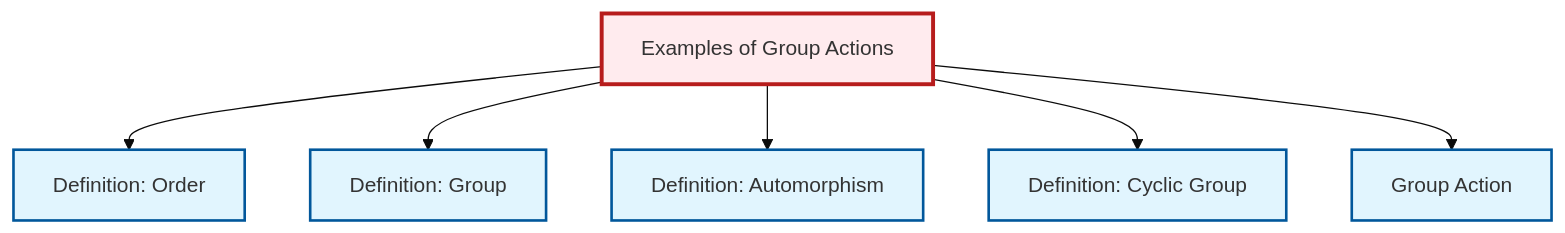
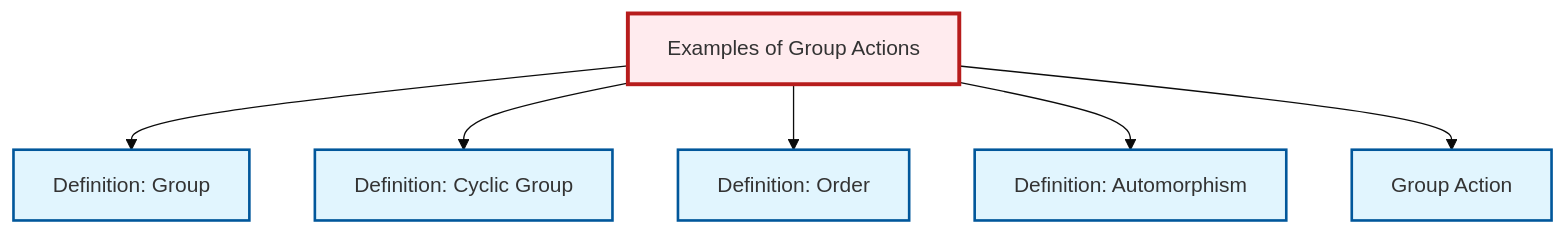
The diagram in content/ja/algebra/ex-group-action-examples.qmd (RK0429/ModernMath), drawn with Mermaid (base theme) before and after one commit. The commit also changed other lines of this file and 597 other files, not shown here.

````diff
--- a/content/ja/algebra/ex-group-action-examples.qmd
+++ b/content/ja/algebra/ex-group-action-examples.qmd
@@ -78,26 +78,26 @@
 ```{mermaid}
 %%| fig-cap: "Local dependency graph"
 graph TD
     classDef definition fill:#e1f5fe,stroke:#01579b,stroke-width:2px
     classDef theorem fill:#f3e5f5,stroke:#4a148c,stroke-width:2px
     classDef axiom fill:#fff3e0,stroke:#e65100,stroke-width:2px
     classDef example fill:#e8f5e9,stroke:#1b5e20,stroke-width:2px
     classDef current fill:#ffebee,stroke:#b71c1c,stroke-width:3px
+    def-cyclic-group["Definition: Cyclic Group"]:::definition
+    def-group-action["Group Action"]:::definition
     def-order["Definition: Order"]:::definition
-    def-group-action["Group Action"]:::definition
     ex-group-action-examples["Examples of Group Actions"]:::example
-    def-cyclic-group["Definition: Cyclic Group"]:::definition
+    def-automorphism["Definition: Automorphism"]:::definition
     def-group["Definition: Group"]:::definition
-    def-automorphism["Definition: Automorphism"]:::definition
+    ex-group-action-examples --> def-group
+    ex-group-action-examples --> def-cyclic-group
     ex-group-action-examples --> def-order
-    ex-group-action-examples --> def-group
     ex-group-action-examples --> def-automorphism
-    ex-group-action-examples --> def-cyclic-group
     ex-group-action-examples --> def-group-action
     class ex-group-action-examples current
+    click def-cyclic-group "def-cyclic-group.html" "Definition: Cyclic Groupへ"
+    click def-group-action "def-group-action.html" "Group Actionへ"
     click def-order "def-order.html" "Definition: Orderへ"
-    click def-group-action "def-group-action.html" "Group Actionへ"
-    click def-cyclic-group "def-cyclic-group.html" "Definition: Cyclic Groupへ"
+    click def-automorphism "def-automorphism.html" "Definition: Automorphismへ"
     click def-group "def-group.html" "Definition: Groupへ"
-    click def-automorphism "def-automorphism.html" "Definition: Automorphismへ"
 ```
````
